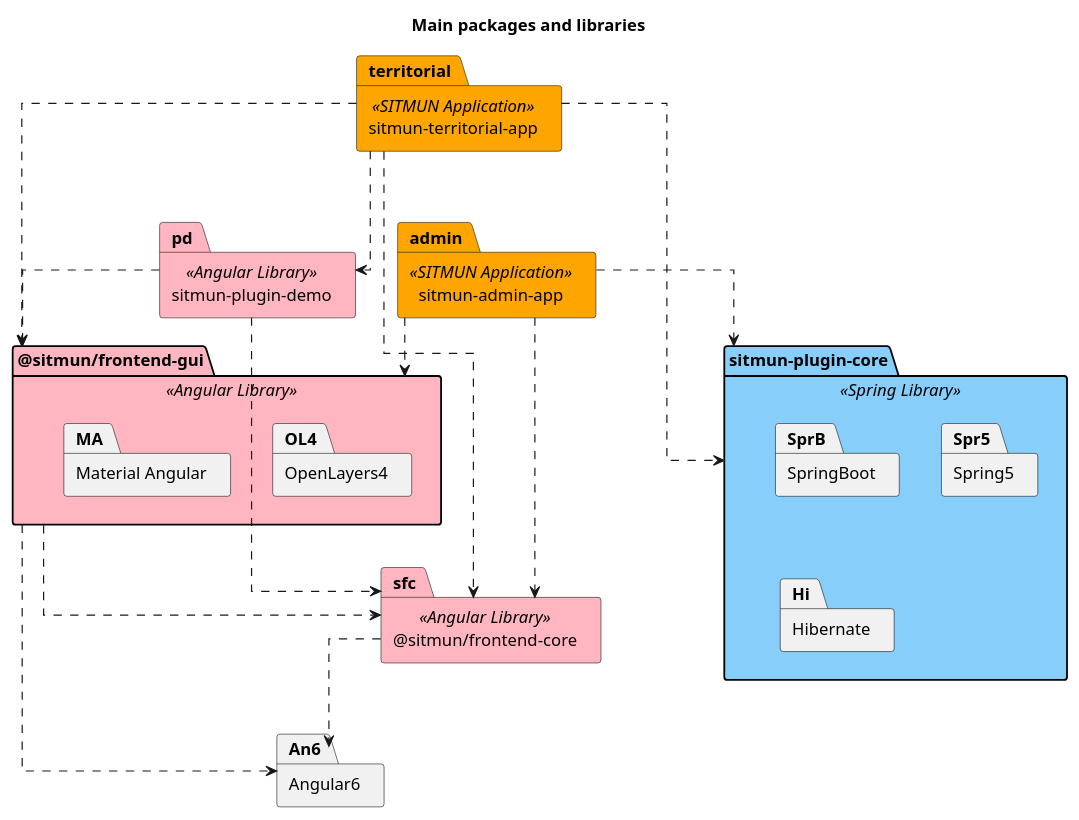
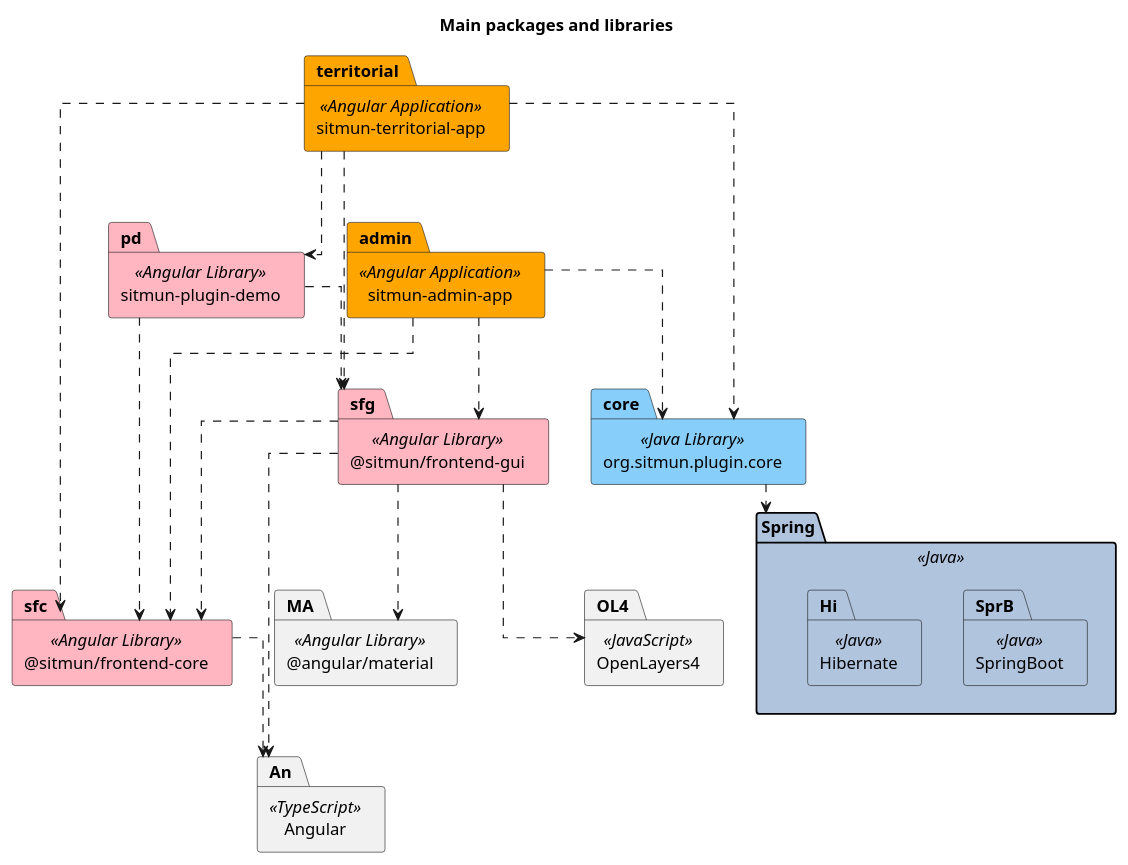
One commit to sitmun/community changed the diagram in doc/main-packages-and-libraries.puml. Above: the diagram before and after it, drawn with PlantUML. The commit also changed 2 other files, not shown here.

Commit message:
Updated diagrams

```diff
--- a/doc/main-packages-and-libraries.puml
+++ b/doc/main-packages-and-libraries.puml
@@ -1,50 +1,59 @@
 @startuml
 
 skinparam componentStyle uml2
 skinparam linetype ortho
 
 title Main packages and libraries
 
-package "sitmun-admin-app" as admin <<SITMUN Application>> #Orange
+package "sitmun-admin-app" as admin <<Angular Application>> #Orange
 
-package "sitmun-territorial-app" as territorial <<SITMUN Application>> #Orange
+package "sitmun-territorial-app" as territorial <<Angular Application>> #Orange
 
 package "sitmun-plugin-demo" <<Angular Library>> as pd #LightPink
 
 package "@sitmun/frontend-gui" as sfg <<Angular Library>> #LightPink {
-    package "OpenLayers4" as OL4
-    package "Material Angular" as MA
 }
+
+package "OpenLayers4" as OL4 <<JavaScript>>
+package "@angular/material" as MA <<Angular Library>>
+
+sfg ..> OL4
+sfg ..> MA
+
 
 package "@sitmun/frontend-core" <<Angular Library>> as sfc #LightPink
 
 
-package "Angular6" as An6
+package "Angular" as An <<TypeScript>>
 
 
-package "sitmun-plugin-core" as core <<Spring Library>> #LightSkyBlue {
-    package "SpringBoot" as SprB
-    package "Spring5" as Spr5
-    package "Hibernate" as Hi
+package "org.sitmun.plugin.core" as core <<Java Library>> #LightSkyBlue {
 } 
+
+package "Spring" as Spr <<Java>> #LightSteelBlue{
+  package "SpringBoot" as SprB <<Java>> #LightSteelBlue
+  package "Hibernate" as Hi <<Java>> #LightSteelBlue
+}
+
+core ..> Spr
 
 
 territorial ..> pd
 territorial ..> sfg
 territorial ..> sfc
 territorial ..> core
 
 
 admin ..> sfg
 admin ..> sfc
 admin ..> core
 
 pd ..> sfg
 pd ..> sfc
 
-sfg ..> An6
-sfc ..> An6
+sfg ..> An
+sfc ..> An
 
 sfg ..> sfc
 
 @enduml
```
